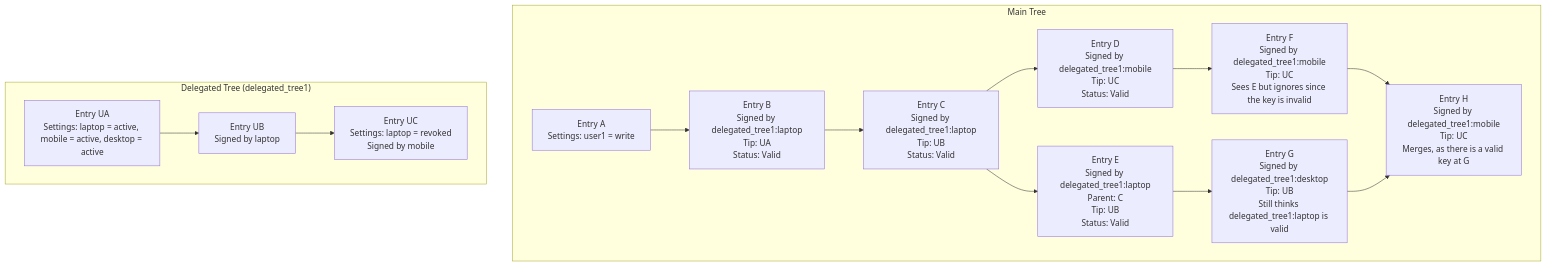
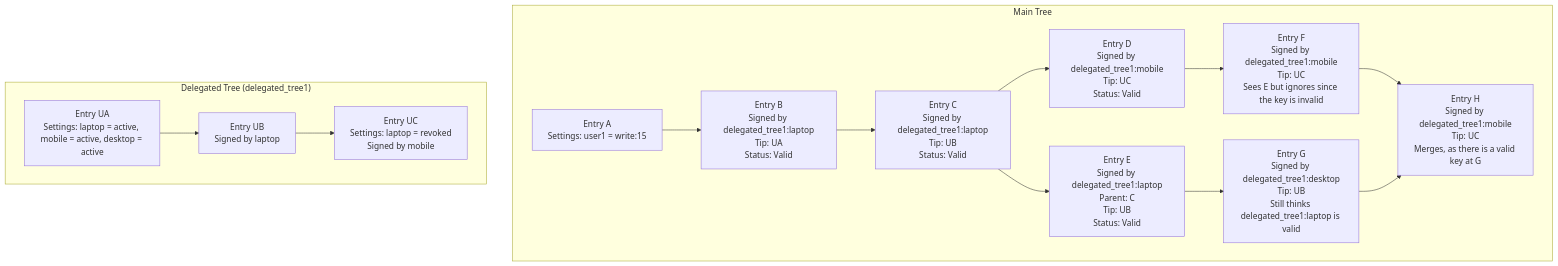
Before and after one commit to arcuru/eidetica: the fifth of 7 diagrams in docs/src/design/authentication.md, drawn with Mermaid. The commit also changed other lines of this file and 10 other files, not shown here.

````diff
--- a/docs/src/design/authentication.md
+++ b/docs/src/design/authentication.md
@@ -472,30 +473,30 @@
 ```mermaid
 graph TD
     subgraph "Main Tree"
-        A["Entry A<br/>Settings: user1 = write"]
+        A["Entry A<br/>Settings: user1 = write:15"]
         B["Entry B<br/>Signed by delegated_tree1:laptop<br/>Tip: UA<br/>Status: Valid"]
         C["Entry C<br/>Signed by delegated_tree1:laptop<br/>Tip: UB<br/>Status: Valid"]
         D["Entry D<br/>Signed by delegated_tree1:mobile<br/>Tip: UC<br/>Status: Valid"]
         E["Entry E<br/>Signed by delegated_tree1:laptop<br/>Parent: C<br/>Tip: UB<br/>Status: Valid"]
         F["Entry F<br/>Signed by delegated_tree1:mobile<br/>Tip: UC<br/>Sees E but ignores since the key is invalid"]
         G["Entry G<br/>Signed by delegated_tree1:desktop<br/>Tip: UB<br/>Still thinks delegated_tree1:laptop is valid"]
         H["Entry H<br/>Signed by delegated_tree1:mobile<br/>Tip: UC<br/>Merges, as there is a valid key at G"]
     end
 
     subgraph "Delegated Tree (delegated_tree1)"
         UA["Entry UA<br/>Settings: laptop = active, mobile = active, desktop = active"]
         UB["Entry UB<br/>Signed by laptop"]
         UC["Entry UC<br/>Settings: laptop = revoked<br/>Signed by mobile"]
     end
 
     A --> B
     B --> C
     C --> D
     D --> F
     C --> E
     E --> G
     F --> H
     G --> H
     UA --> UB
     UB --> UC
 ```
````
